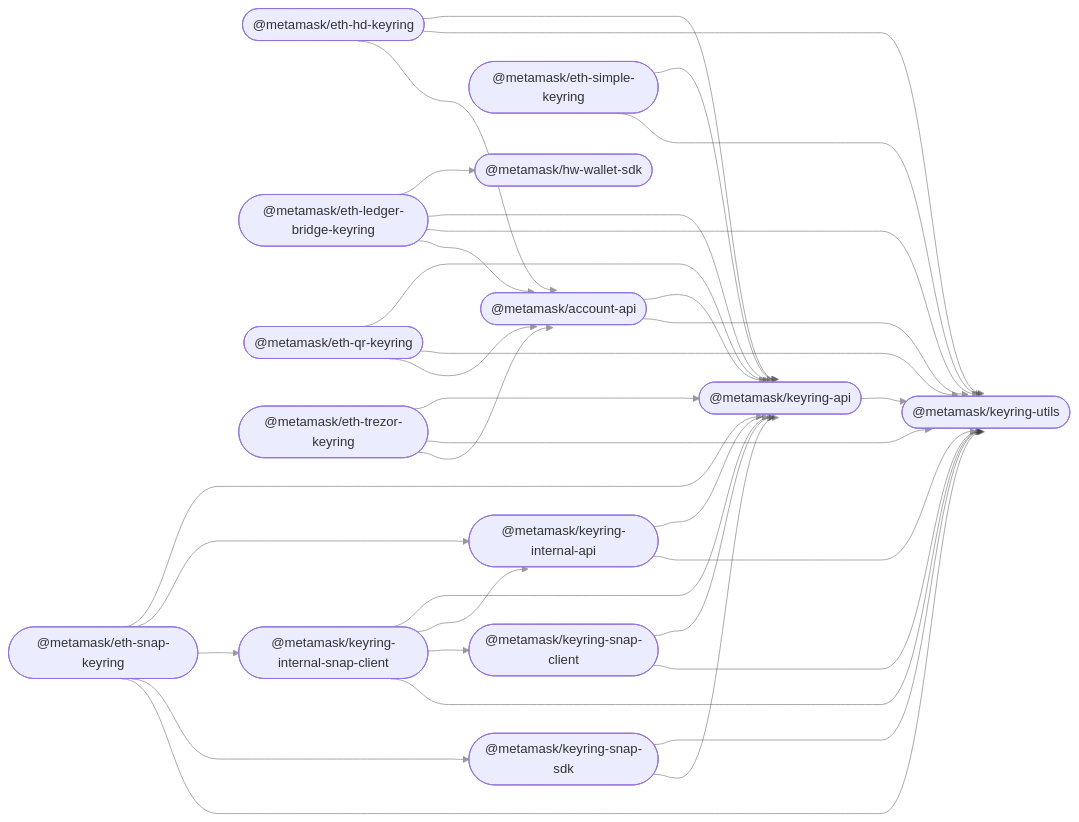
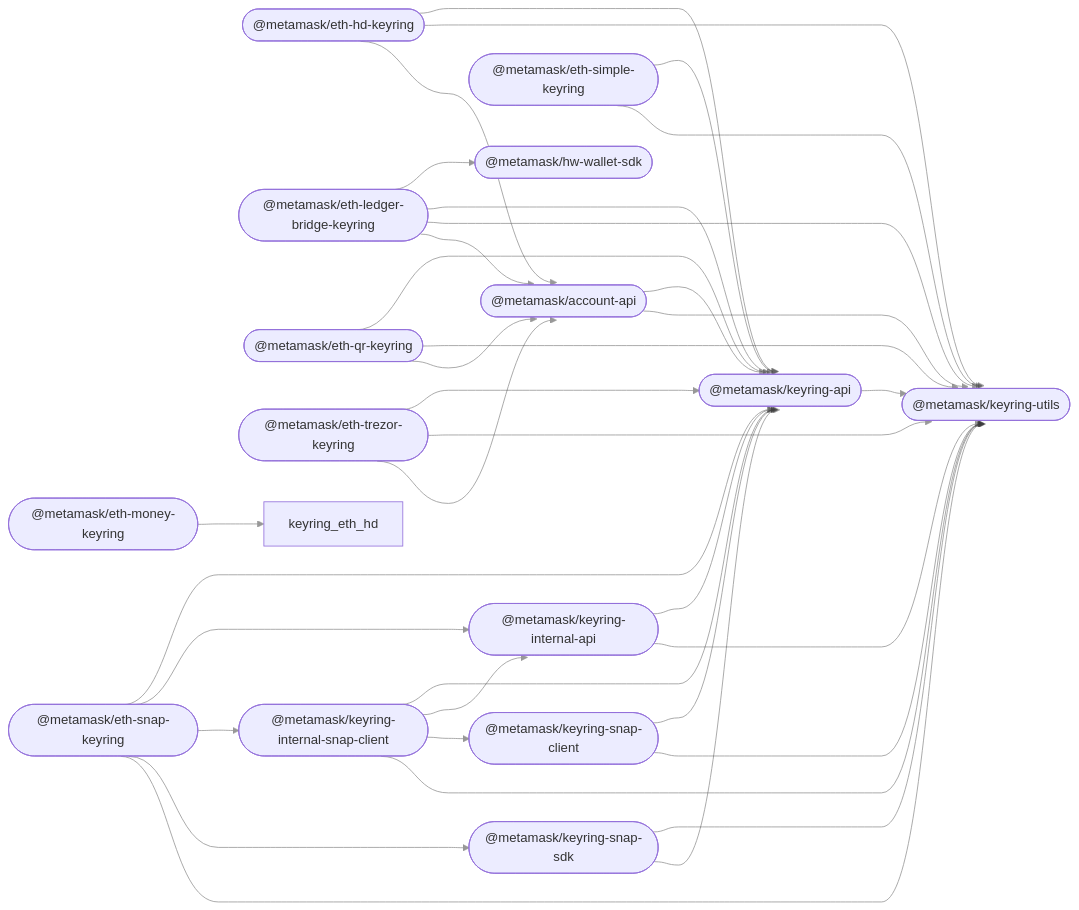
One commit to MetaMask/accounts changed the diagram in README.md. Above: the diagram before and after it, drawn with Mermaid. The commit also changed other lines of this file and 16 other files, not shown here.

First line of the commit message:
feat(keyring-eth-money): add money account keyring based on hd-key-ring (#472)

````diff
--- a/README.md
+++ b/README.md
@@ -36,52 +37,54 @@
 ```mermaid
 %%{ init: { 'flowchart': { 'curve': 'bumpX' } } }%%
 graph LR;
 linkStyle default opacity:0.5
   account_api(["@metamask/account-api"]);
   hw_wallet_sdk(["@metamask/hw-wallet-sdk"]);
   keyring_api(["@metamask/keyring-api"]);
   eth_hd_keyring(["@metamask/eth-hd-keyring"]);
   eth_ledger_bridge_keyring(["@metamask/eth-ledger-bridge-keyring"]);
+  eth_money_keyring(["@metamask/eth-money-keyring"]);
   eth_qr_keyring(["@metamask/eth-qr-keyring"]);
   eth_simple_keyring(["@metamask/eth-simple-keyring"]);
   eth_trezor_keyring(["@metamask/eth-trezor-keyring"]);
   keyring_internal_api(["@metamask/keyring-internal-api"]);
   keyring_internal_snap_client(["@metamask/keyring-internal-snap-client"]);
   eth_snap_keyring(["@metamask/eth-snap-keyring"]);
   keyring_snap_client(["@metamask/keyring-snap-client"]);
   keyring_snap_sdk(["@metamask/keyring-snap-sdk"]);
   keyring_utils(["@metamask/keyring-utils"]);
   account_api --> keyring_api;
   account_api --> keyring_utils;
   keyring_api --> keyring_utils;
   eth_hd_keyring --> keyring_api;
   eth_hd_keyring --> keyring_utils;
   eth_hd_keyring --> account_api;
   eth_ledger_bridge_keyring --> hw_wallet_sdk;
   eth_ledger_bridge_keyring --> keyring_api;
   eth_ledger_bridge_keyring --> keyring_utils;
   eth_ledger_bridge_keyring --> account_api;
+  eth_money_keyring --> keyring_eth_hd;
   eth_qr_keyring --> keyring_api;
   eth_qr_keyring --> keyring_utils;
   eth_qr_keyring --> account_api;
   eth_simple_keyring --> keyring_api;
   eth_simple_keyring --> keyring_utils;
   eth_trezor_keyring --> keyring_api;
   eth_trezor_keyring --> keyring_utils;
   eth_trezor_keyring --> account_api;
   keyring_internal_api --> keyring_api;
   keyring_internal_api --> keyring_utils;
   keyring_internal_snap_client --> keyring_api;
   keyring_internal_snap_client --> keyring_internal_api;
   keyring_internal_snap_client --> keyring_snap_client;
   keyring_internal_snap_client --> keyring_utils;
   eth_snap_keyring --> keyring_api;
   eth_snap_keyring --> keyring_internal_api;
   eth_snap_keyring --> keyring_internal_snap_client;
   eth_snap_keyring --> keyring_snap_sdk;
   eth_snap_keyring --> keyring_utils;
   keyring_snap_client --> keyring_api;
   keyring_snap_client --> keyring_utils;
   keyring_snap_sdk --> keyring_utils;
   keyring_snap_sdk --> keyring_api;
 ```
````
